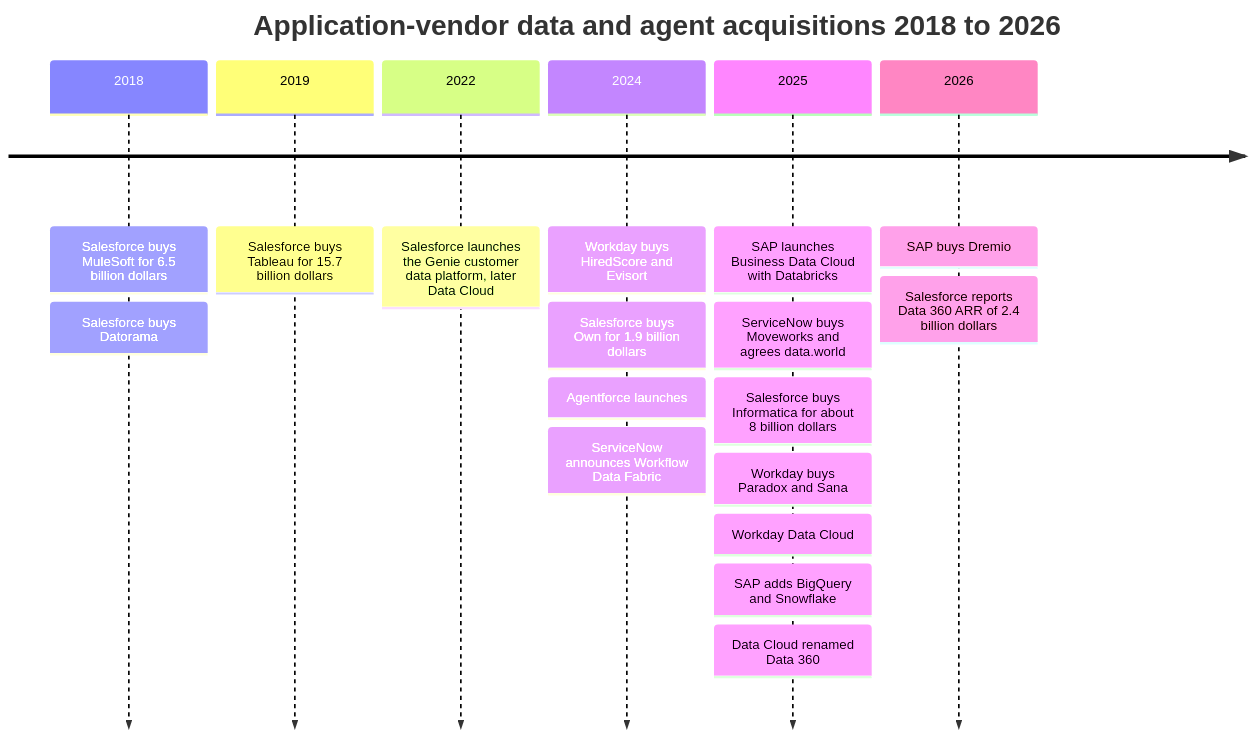
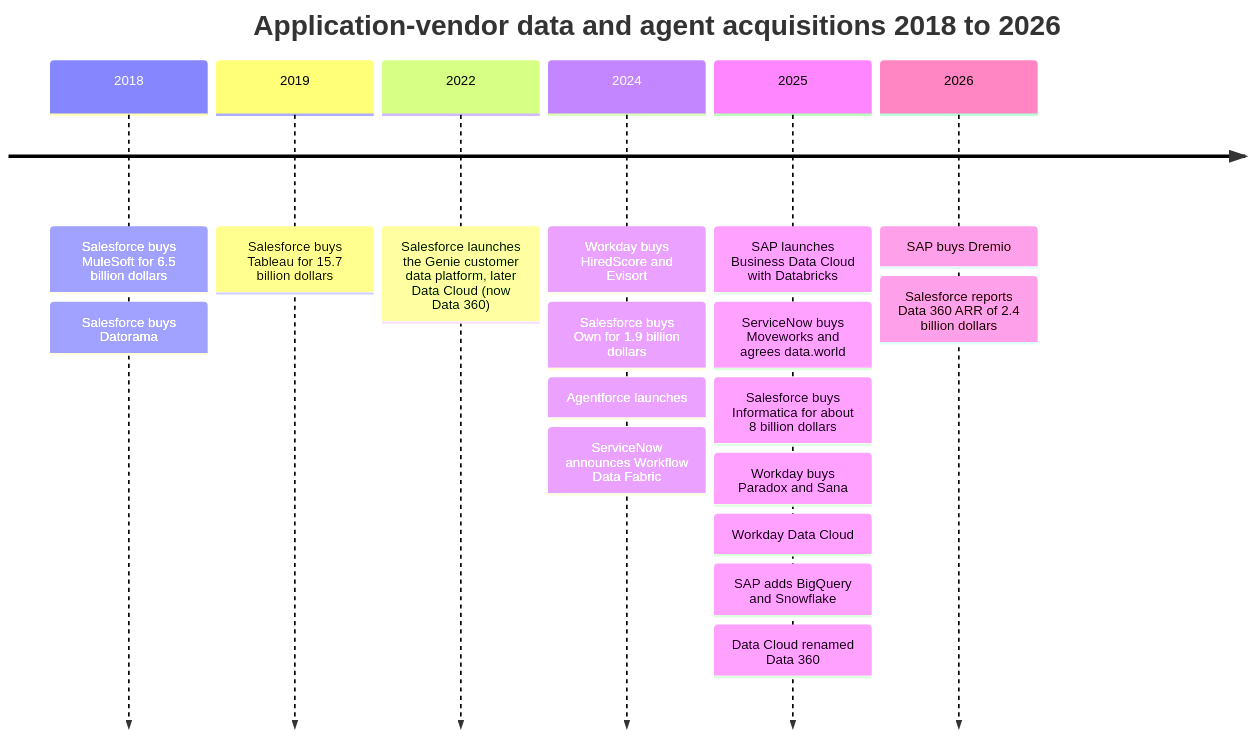
The first of 5 diagrams in docs/04-company-deep-dives/ch34-application-giants-data-platforms.md (FrankHuang94/data_tech_db_claude), drawn with Mermaid before and after one commit. The commit also changed other lines of this file and 22 other files, not shown here.

````diff
--- a/docs/04-company-deep-dives/ch34-application-giants-data-platforms.md
+++ b/docs/04-company-deep-dives/ch34-application-giants-data-platforms.md
@@ -45,10 +45,10 @@
 ```mermaid
 timeline
     title Application-vendor data and agent acquisitions 2018 to 2026
     2018 : Salesforce buys MuleSoft for 6.5 billion dollars : Salesforce buys Datorama
     2019 : Salesforce buys Tableau for 15.7 billion dollars
-    2022 : Salesforce launches the Genie customer data platform, later Data Cloud
+    2022 : Salesforce launches the Genie customer data platform, later Data Cloud (now Data 360)
     2024 : Workday buys HiredScore and Evisort : Salesforce buys Own for 1.9 billion dollars : Agentforce launches : ServiceNow announces Workflow Data Fabric
     2025 : SAP launches Business Data Cloud with Databricks : ServiceNow buys Moveworks and agrees data.world : Salesforce buys Informatica for about 8 billion dollars : Workday buys Paradox and Sana : Workday Data Cloud : SAP adds BigQuery and Snowflake : Data Cloud renamed Data 360
     2026 : SAP buys Dremio : Salesforce reports Data 360 ARR of 2.4 billion dollars
 ```
````
